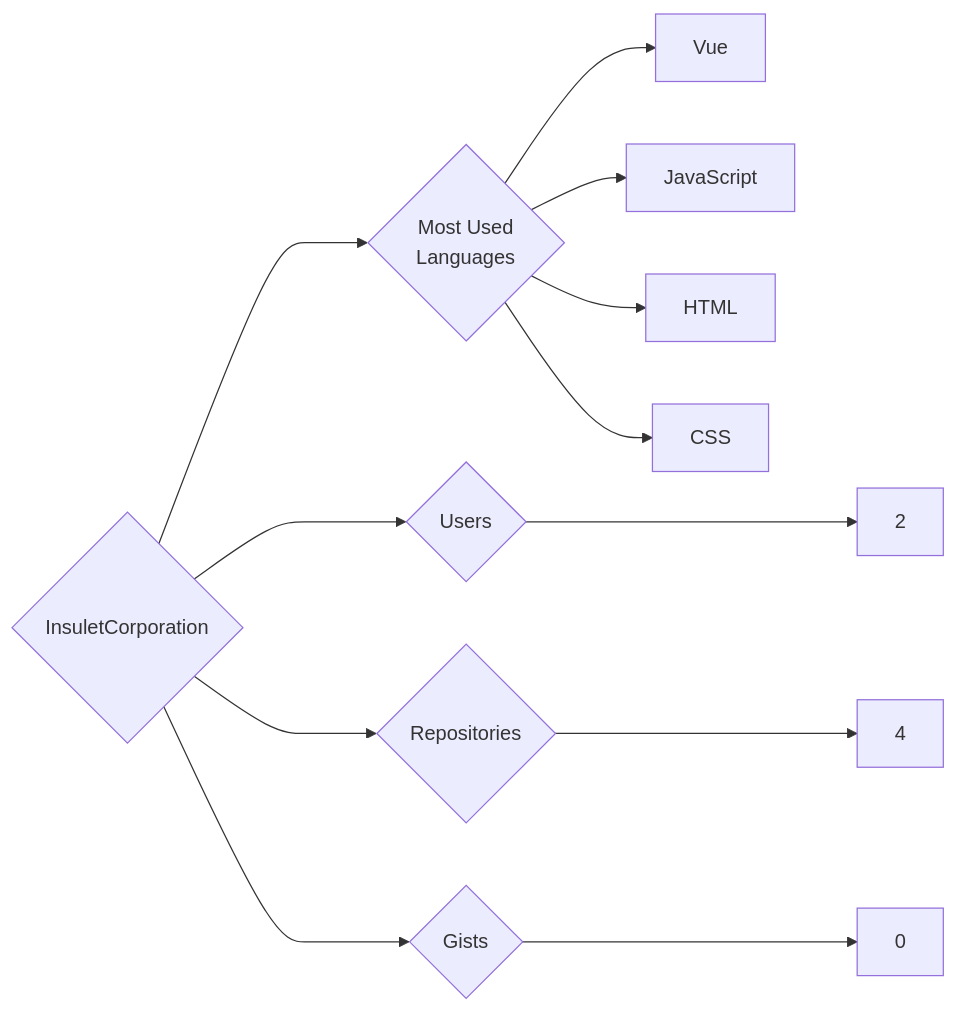
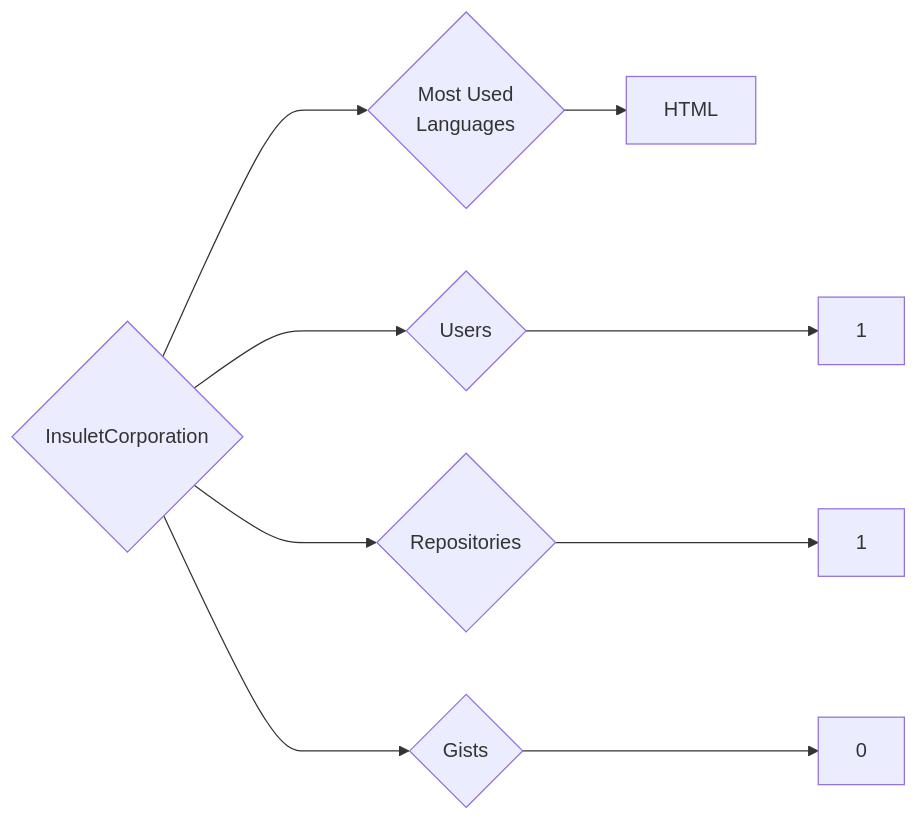
The diagram in targets/InsuletCorporation/README.md (trickest/insiders), drawn with Mermaid before and after one commit. The commit also changed 1020 other files, not shown here.

````diff
--- a/targets/InsuletCorporation/README.md
+++ b/targets/InsuletCorporation/README.md
@@ -3,12 +3,9 @@
 ```mermaid
 graph LR
 COMPANY_NAME{InsuletCorporation}
-COMPANY_NAME ---> U{Users} ---> UN[2]
-COMPANY_NAME ---> R{Repositories} ---> RN[4]
+COMPANY_NAME ---> U{Users} ---> UN[1]
+COMPANY_NAME ---> R{Repositories} ---> RN[1]
 COMPANY_NAME ---> G{Gists} ---> GN[0]
 COMPANY_NAME ---> ML{Most Used<br>Languages}
-ML --> Vue[Vue]
-ML --> JavaScript[JavaScript]
 ML --> HTML[HTML]
-ML --> CSS[CSS]
 ```
````
